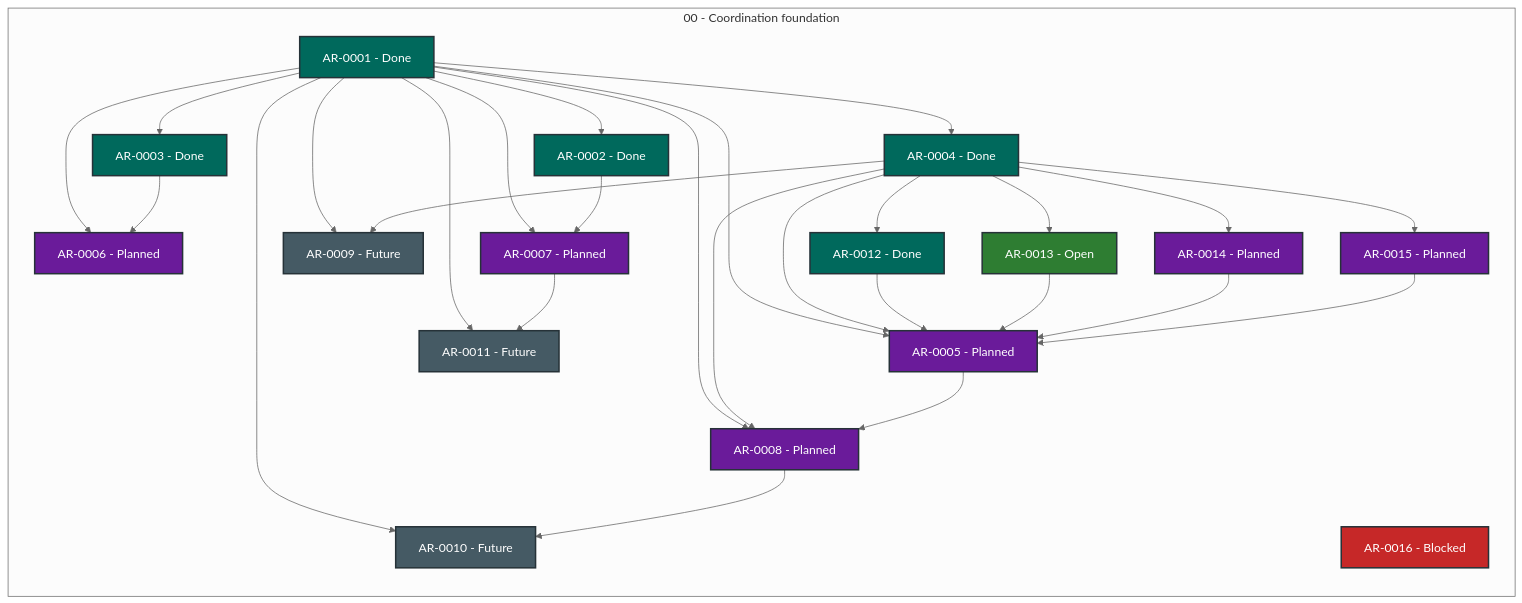
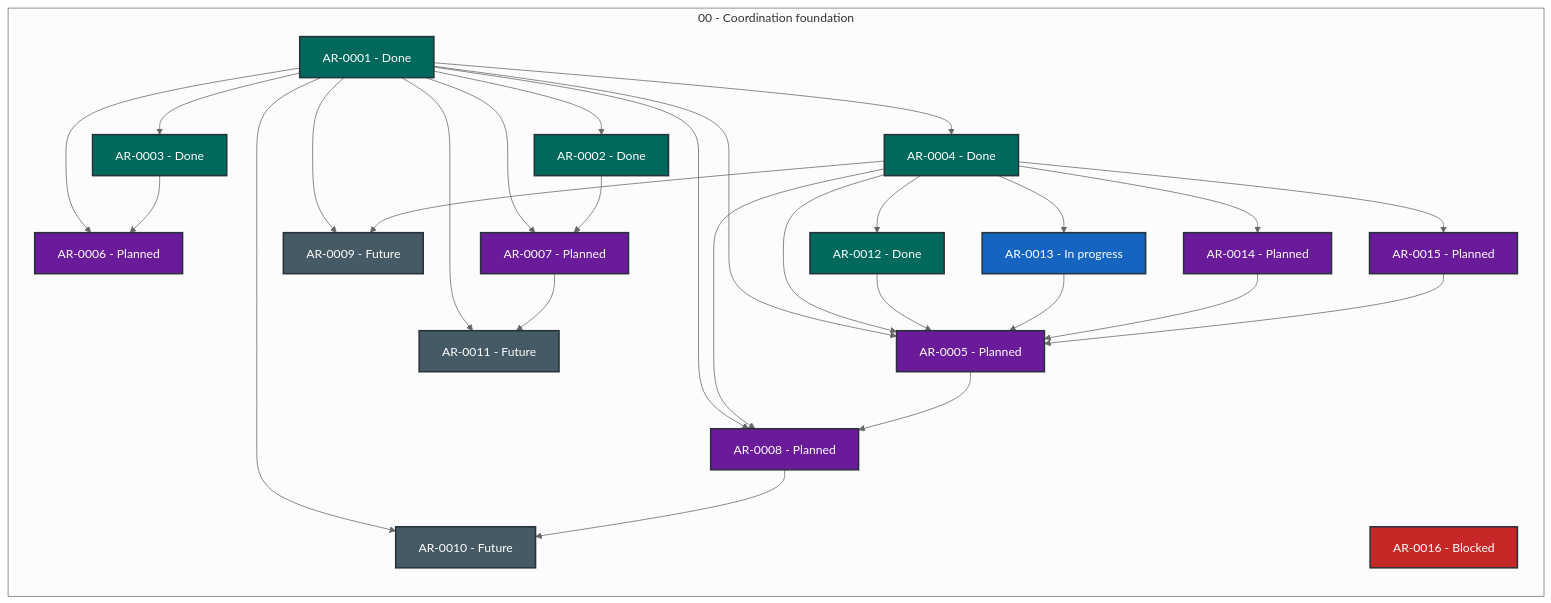
One commit to martin-beck/agent-workflow-quality-state changed the diagram in STATUS.md. Above: the diagram before and after it, drawn with Mermaid (neutral theme). The commit also changed other lines of this file and 2 other files, not shown here.

````diff
--- a/STATUS.md
+++ b/STATUS.md
@@ -27,56 +27,56 @@
 ```mermaid
 flowchart LR
     subgraph series_00["00 - Coordination foundation"]
         direction TB
         AR_0001["AR-0001 - Done"]:::status_done
         AR_0002["AR-0002 - Done"]:::status_done
         AR_0003["AR-0003 - Done"]:::status_done
         AR_0004["AR-0004 - Done"]:::status_done
         AR_0005["AR-0005 - Planned"]:::status_planned
         AR_0006["AR-0006 - Planned"]:::status_planned
         AR_0007["AR-0007 - Planned"]:::status_planned
         AR_0008["AR-0008 - Planned"]:::status_planned
         AR_0009["AR-0009 - Future"]:::status_future
         AR_0010["AR-0010 - Future"]:::status_future
         AR_0011["AR-0011 - Future"]:::status_future
         AR_0012["AR-0012 - Done"]:::status_done
-        AR_0013["AR-0013 - Open"]:::status_open
+        AR_0013["AR-0013 - In progress"]:::status_in_progress
         AR_0014["AR-0014 - Planned"]:::status_planned
         AR_0015["AR-0015 - Planned"]:::status_planned
         AR_0016["AR-0016 - Blocked"]:::status_blocked
     end
     AR_0001 --> AR_0002
     AR_0001 --> AR_0003
     AR_0001 --> AR_0004
     AR_0001 --> AR_0005
     AR_0001 --> AR_0006
     AR_0001 --> AR_0007
     AR_0001 --> AR_0008
     AR_0001 --> AR_0009
     AR_0001 --> AR_0010
     AR_0001 --> AR_0011
     AR_0002 --> AR_0007
     AR_0003 --> AR_0006
     AR_0004 --> AR_0005
     AR_0004 --> AR_0008
     AR_0004 --> AR_0009
     AR_0004 --> AR_0012
     AR_0004 --> AR_0013
     AR_0004 --> AR_0014
     AR_0004 --> AR_0015
     AR_0005 --> AR_0008
     AR_0007 --> AR_0011
     AR_0008 --> AR_0010
     AR_0012 --> AR_0005
     AR_0013 --> AR_0005
     AR_0014 --> AR_0005
     AR_0015 --> AR_0005
     classDef status_in_progress fill:#1565c0,color:#ffffff,stroke:#263238,stroke-width:2px
     classDef status_open fill:#2e7d32,color:#ffffff,stroke:#263238,stroke-width:2px
     classDef status_blocked fill:#c62828,color:#ffffff,stroke:#263238,stroke-width:2px
     classDef status_planned fill:#6a1b9a,color:#ffffff,stroke:#263238,stroke-width:2px
     classDef status_future fill:#455a64,color:#ffffff,stroke:#263238,stroke-width:2px
     classDef status_done fill:#00695c,color:#ffffff,stroke:#263238,stroke-width:2px
     classDef status_cancelled fill:#616161,color:#ffffff,stroke:#263238,stroke-width:2px
     classDef status_superseded fill:#5d4037,color:#ffffff,stroke:#263238,stroke-width:2px
 ```
````
